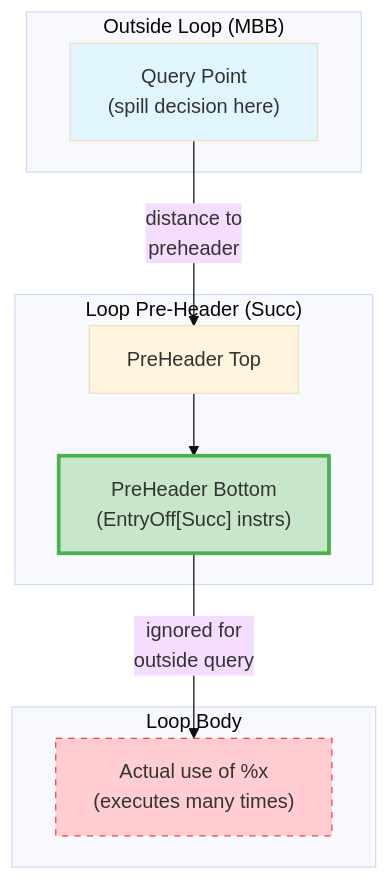
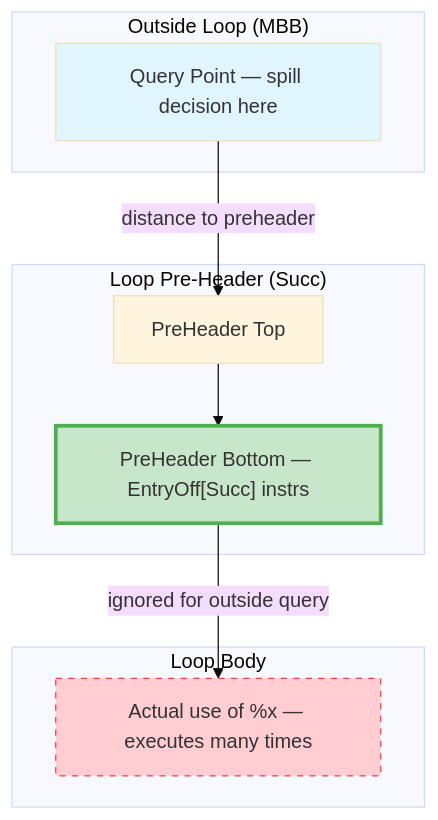
The first of 4 diagrams in SSA_Spiller/04-Design/NextUseAnalysis.md (alex-t/ssa-spiller-docs), drawn with Mermaid (base theme) before and after one commit. The commit also changed other lines of this file, not shown here.

````diff
--- a/SSA_Spiller/04-Design/NextUseAnalysis.md
+++ b/SSA_Spiller/04-Design/NextUseAnalysis.md
@@ -171,23 +171,24 @@
 ```mermaid
 flowchart TD
     subgraph Outside["Outside Loop (MBB)"]
-        Query["Query Point<br/>(spill decision here)"]
+        Query["Query Point — spill decision here"]
     end
+    
+    Query -->|"distance to preheader"| PHTop
     
     subgraph PreHeader["Loop Pre-Header (Succ)"]
         PHTop["PreHeader Top"]
-        PHLast["PreHeader Bottom<br/>(EntryOff[Succ] instrs)"]
+        PHLast["PreHeader Bottom — EntryOff[Succ] instrs"]
         PHTop --> PHLast
     end
     
+    PHLast -->|"ignored for outside query"| Use
+    
     subgraph Loop["Loop Body"]
-        Use["Actual use of %x<br/>(executes many times)"]
+        Use["Actual use of %x — executes many times"]
     end
-    
-    Query -->|"distance to<br/>preheader"| PHTop
-    PHLast -->|"ignored for<br/>outside query"| Use
     
     style Query fill:#e1f5fe
     style PHLast fill:#c8e6c9,stroke:#4CAF50,stroke-width:3px
     style Use fill:#ffcdd2,stroke:#f44336,stroke-dasharray: 5 5
 ```
````
